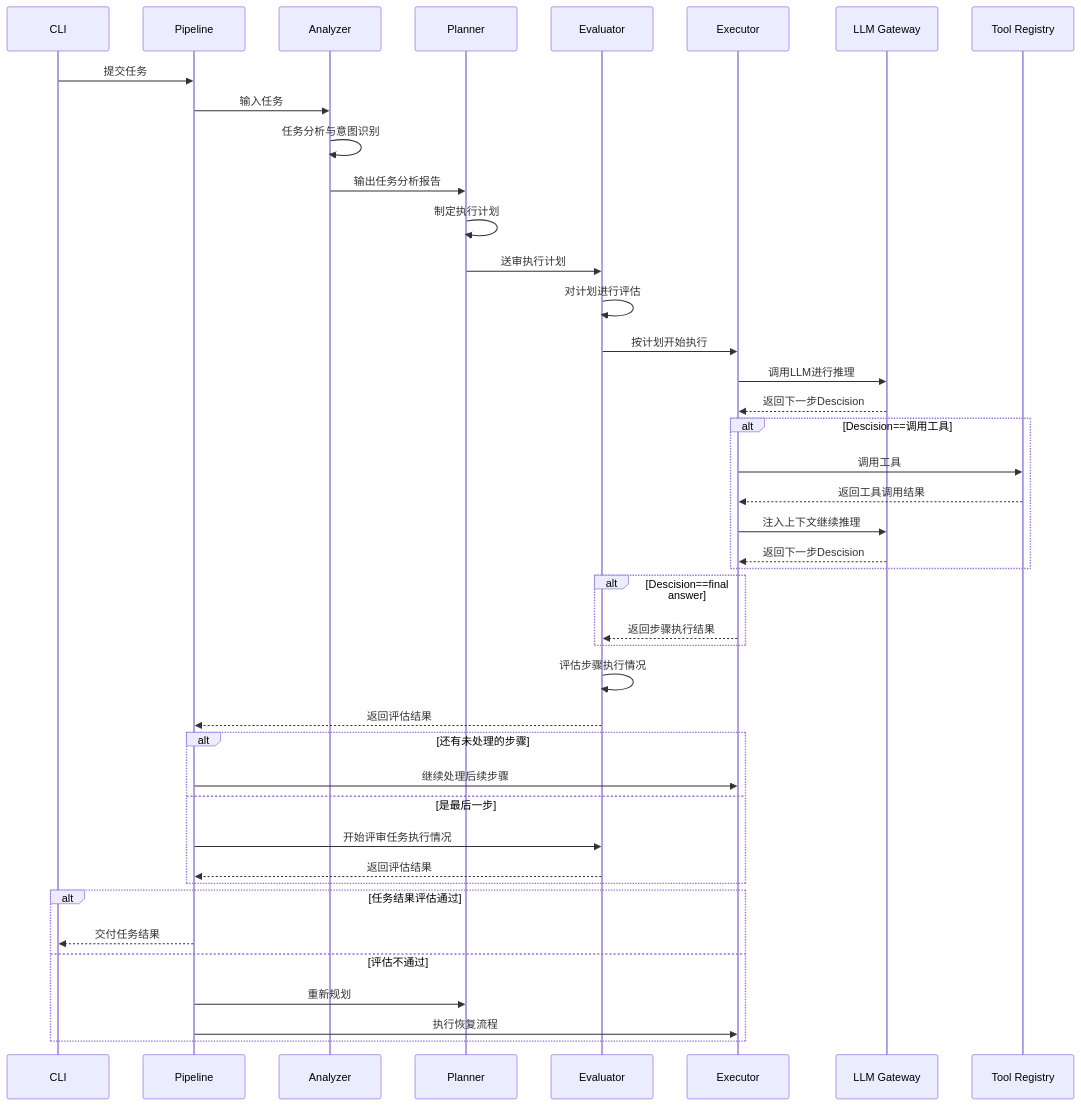
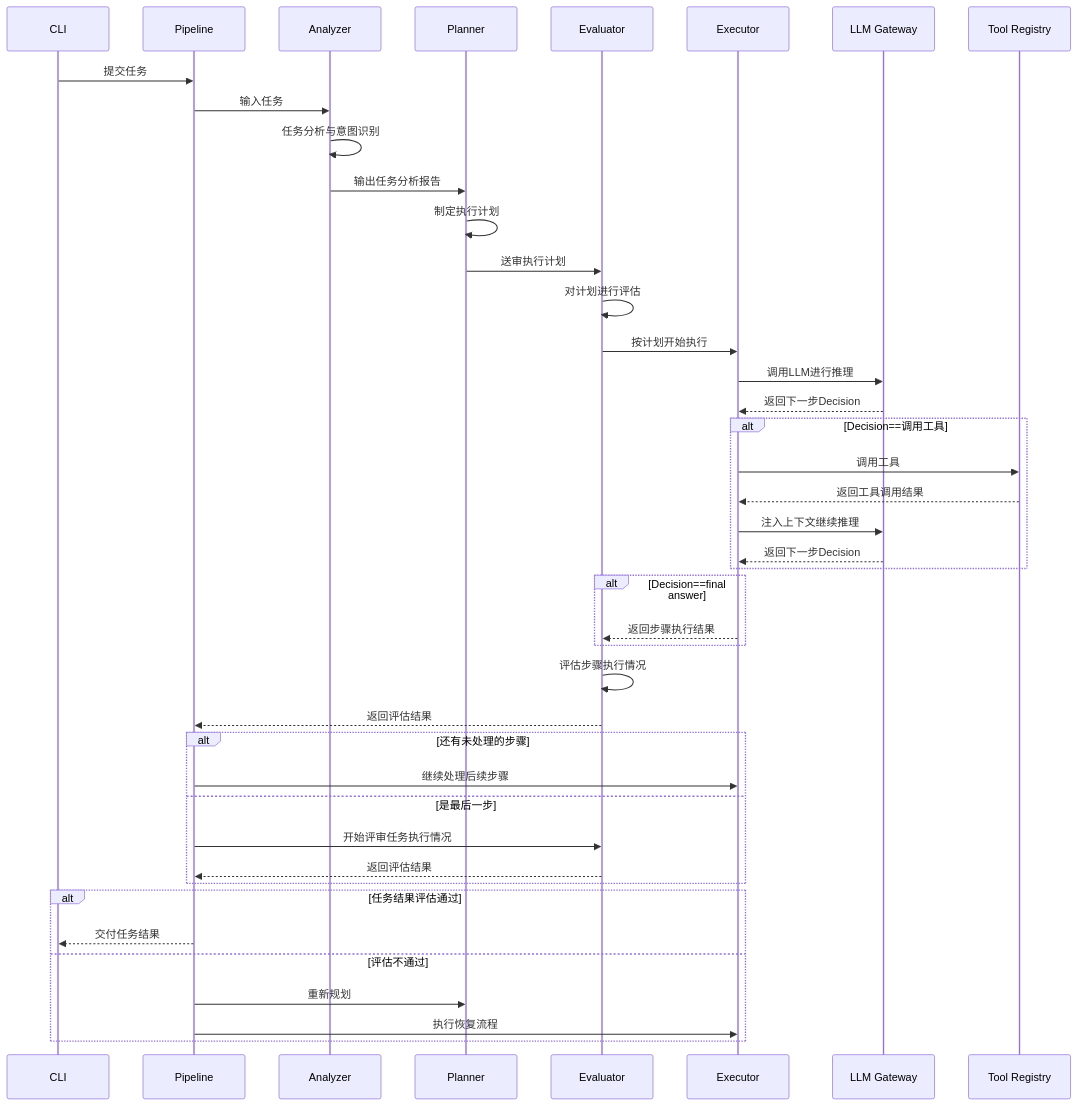
Before and after one commit to Thinking2026/NanoAgent: the first of 2 diagrams in docs/technical_design.md, drawn with Mermaid. The commit also changed other lines of this file, not shown here.

````diff
--- a/docs/technical_design.md
+++ b/docs/technical_design.md
@@ -86,45 +86,45 @@
 ```mermaid
 sequenceDiagram
     participant CLI
     participant Pipeline
     participant Analyzer
     participant Planner
     participant Evaluator
     participant Executor
     participant LLM Gateway
     participant Tool Registry
 
     CLI->>Pipeline: 提交任务
     Pipeline->>Analyzer:输入任务
     Analyzer->>Analyzer: 任务分析与意图识别
     Analyzer->>Planner: 输出任务分析报告
     Planner->>Planner: 制定执行计划
     Planner->>Evaluator: 送审执行计划
     Evaluator->>Evaluator: 对计划进行评估
     Evaluator->>Executor: 按计划开始执行
     Executor->>LLM Gateway:调用LLM进行推理
-    LLM Gateway-->>Executor: 返回下一步Descision
-    alt Descision==调用工具
+    LLM Gateway-->>Executor: 返回下一步Decision
+    alt Decision==调用工具
     	Executor->>Tool Registry: 调用工具
     	Tool Registry-->>Executor: 返回工具调用结果
     	Executor->>LLM Gateway:注入上下文继续推理
-    	LLM Gateway-->>Executor: 返回下一步Descision
+    	LLM Gateway-->>Executor: 返回下一步Decision
     end
-    alt Descision==final answer
+    alt Decision==final answer
     	Executor-->>Evaluator:返回步骤执行结果
     end
     Evaluator->>Evaluator: 评估步骤执行情况
  		Evaluator-->>Pipeline:返回评估结果
     alt 还有未处理的步骤
     	Pipeline->>Executor: 继续处理后续步骤
     else 是最后一步
     	Pipeline->>Evaluator: 开始评审任务执行情况
     	Evaluator-->>Pipeline:返回评估结果
     end
     alt 任务结果评估通过
     	Pipeline-->>CLI:交付任务结果
     else 评估不通过
     	Pipeline->>Planner:重新规划
     	Pipeline->>Executor:执行恢复流程
     end
 ```
````
